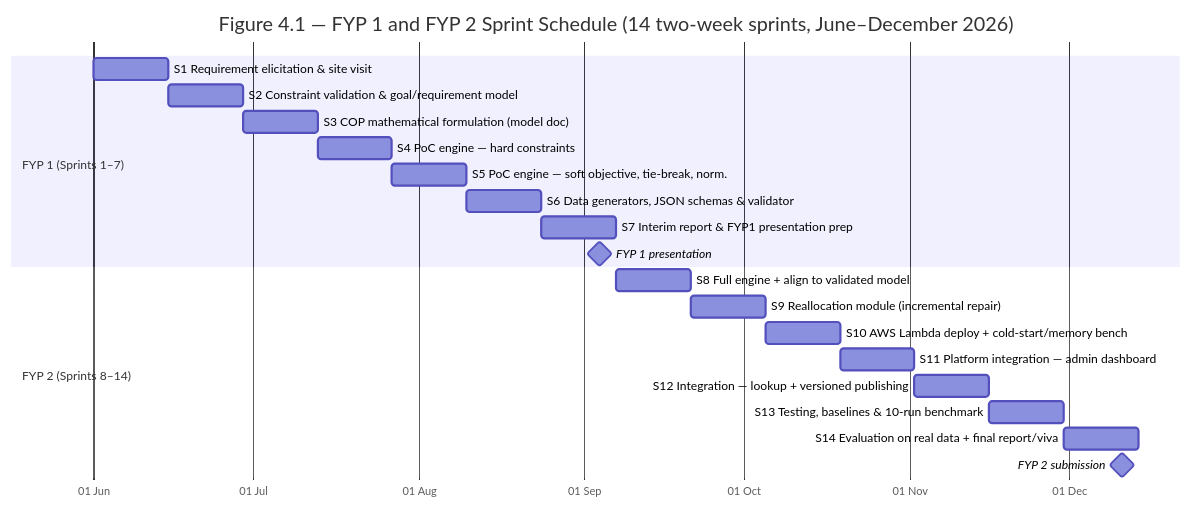
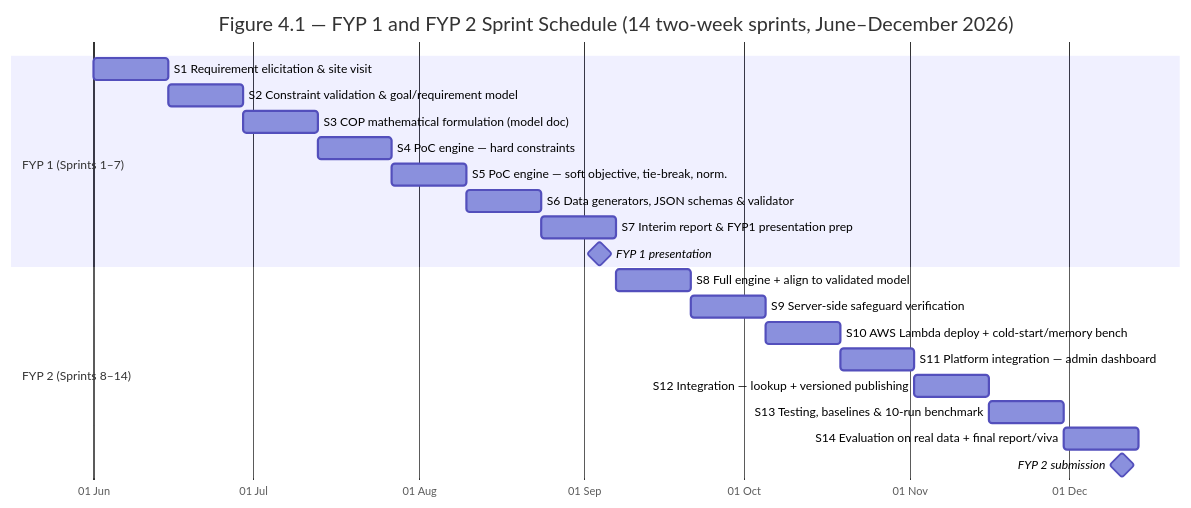
One commit to DariusShin/FYP-Seating-Allocation changed diagram 11 of 11 in FYP1/fyp_interim-report-refined.md. Above: the diagram before and after it, drawn with Mermaid. The commit also changed other lines of this file and 8 other files, not shown here.

````diff
--- a/FYP1/fyp_interim-report-refined.md
+++ b/FYP1/fyp_interim-report-refined.md
@@ -726,24 +695,24 @@
 ```mermaid
 gantt
     title Figure 4.1 — FYP 1 and FYP 2 Sprint Schedule (14 two-week sprints, June–December 2026)
     dateFormat  YYYY-MM-DD
     axisFormat  %d %b
     section FYP 1 (Sprints 1–7)
     S1 Requirement elicitation & site visit          :a1, 2026-06-01, 14d
     S2 Constraint validation & goal/requirement model :a2, 2026-06-15, 14d
     S3 COP mathematical formulation (model doc)      :a3, 2026-06-29, 14d
     S4 PoC engine — hard constraints                 :a4, 2026-07-13, 14d
     S5 PoC engine — soft objective, tie-break, norm. :a5, 2026-07-27, 14d
     S6 Data generators, JSON schemas & validator     :a6, 2026-08-10, 14d
     S7 Interim report & FYP1 presentation prep        :a7, 2026-08-24, 14d
     FYP 1 presentation                               :milestone, m1, 2026-09-04, 0d
     section FYP 2 (Sprints 8–14)
     S8 Full engine + align to validated model        :b1, 2026-09-07, 14d
-    S9 Reallocation module (incremental repair)      :b2, 2026-09-21, 14d
+    S9 Server-side safeguard verification          :b2, 2026-09-21, 14d
     S10 AWS Lambda deploy + cold-start/memory bench   :b3, 2026-10-05, 14d
     S11 Platform integration — admin dashboard        :b4, 2026-10-19, 14d
     S12 Integration — lookup + versioned publishing   :b5, 2026-11-02, 14d
     S13 Testing, baselines & 10-run benchmark         :b6, 2026-11-16, 14d
     S14 Evaluation on real data + final report/viva   :b7, 2026-11-30, 14d
     FYP 2 submission                                 :milestone, m2, 2026-12-11, 0d
 ```
````
